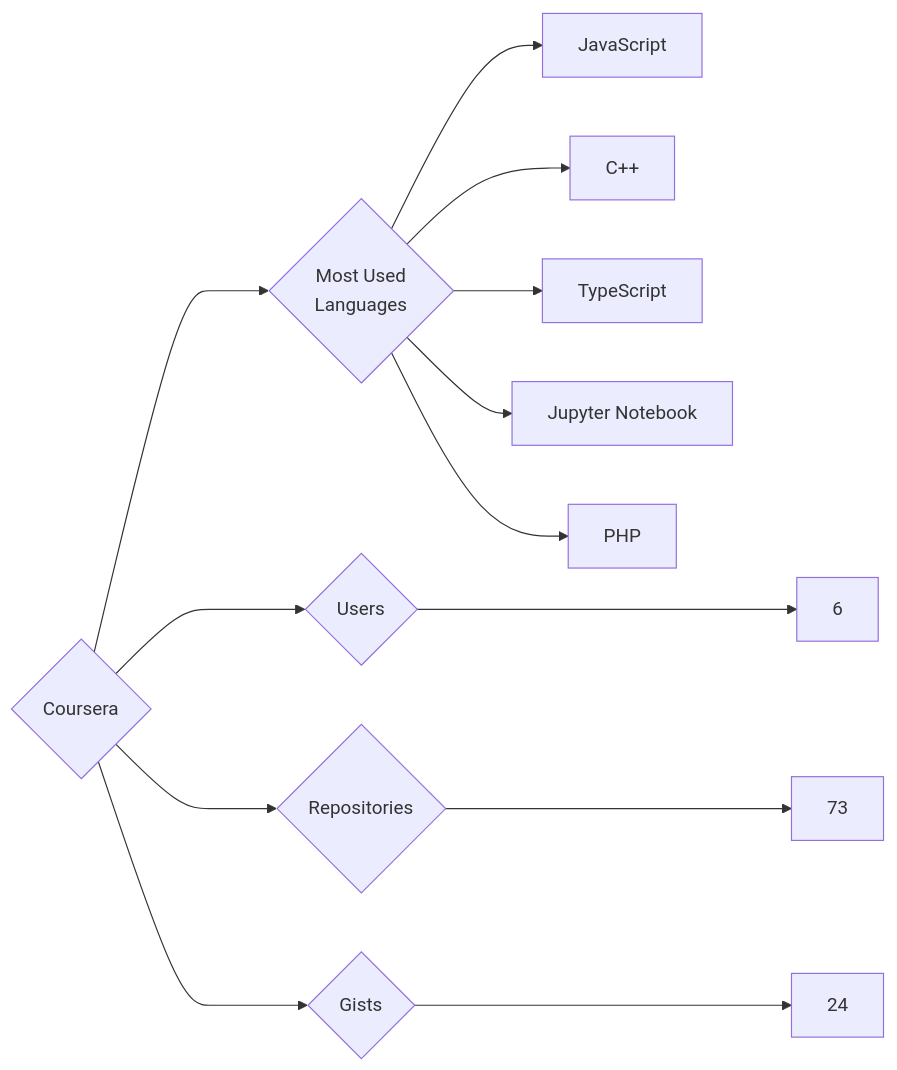
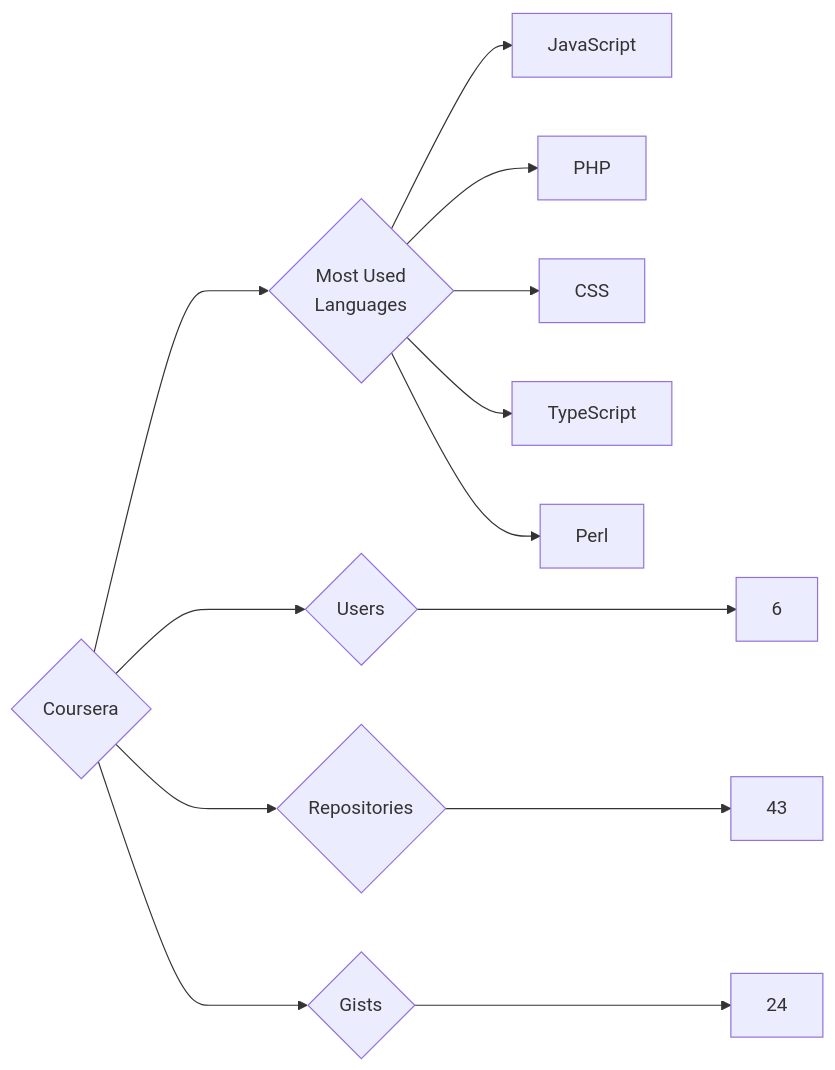
Before and after one commit to trickest/insiders: the diagram in targets/Coursera/README.md, drawn with Mermaid. The commit also changed 985 other files, not shown here.

````diff
--- a/targets/Coursera/README.md
+++ b/targets/Coursera/README.md
@@ -3,13 +3,13 @@
 ```mermaid
 graph LR
 COMPANY_NAME{Coursera}
 COMPANY_NAME ---> U{Users} ---> UN[6]
-COMPANY_NAME ---> R{Repositories} ---> RN[73]
+COMPANY_NAME ---> R{Repositories} ---> RN[43]
 COMPANY_NAME ---> G{Gists} ---> GN[24]
 COMPANY_NAME ---> ML{Most Used<br>Languages}
 ML --> JavaScript[JavaScript]
-ML --> C++[C++]
+ML --> PHP[PHP]
+ML --> CSS[CSS]
 ML --> TypeScript[TypeScript]
-ML --> Jupyter_Notebook[Jupyter Notebook]
-ML --> PHP[PHP]
+ML --> Perl[Perl]
 ```
````
